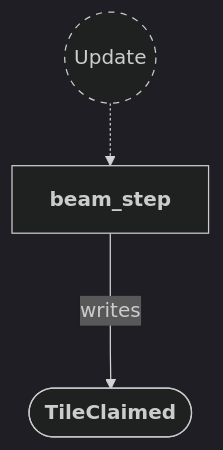
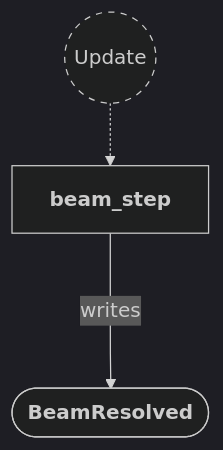
Before and after one commit to neurosoup/tyled: the eighth of 9 diagrams in backlog/docs/doc-7 - 006-Beam-plugin.md, drawn with Mermaid. The commit also changed other lines of this file and 4 other files, not shown here.

Commit message:
Replace TileClaimed with BeamResolved messages

````diff
--- a/backlog/docs/doc-7 - 006-Beam-plugin.md
+++ b/backlog/docs/doc-7 - 006-Beam-plugin.md
@@ -273,18 +273,18 @@
 ```mermaid
 ---
 config:
   theme: dark
 ---
 
 flowchart TD
 classDef system-group stroke-dasharray: 5 5
 
 update(("`Update`")):::system-group
 beam_step["`**beam_step**`"]
 
 update -.-> beam_step
 
-tile_claimed_message(["`**TileClaimed**`"])
+beam_resolved_message(["`**BeamResolved**`"])
 
-beam_step ---> |writes| tile_claimed_message
+beam_step ---> |writes| beam_resolved_message
 ```
````
